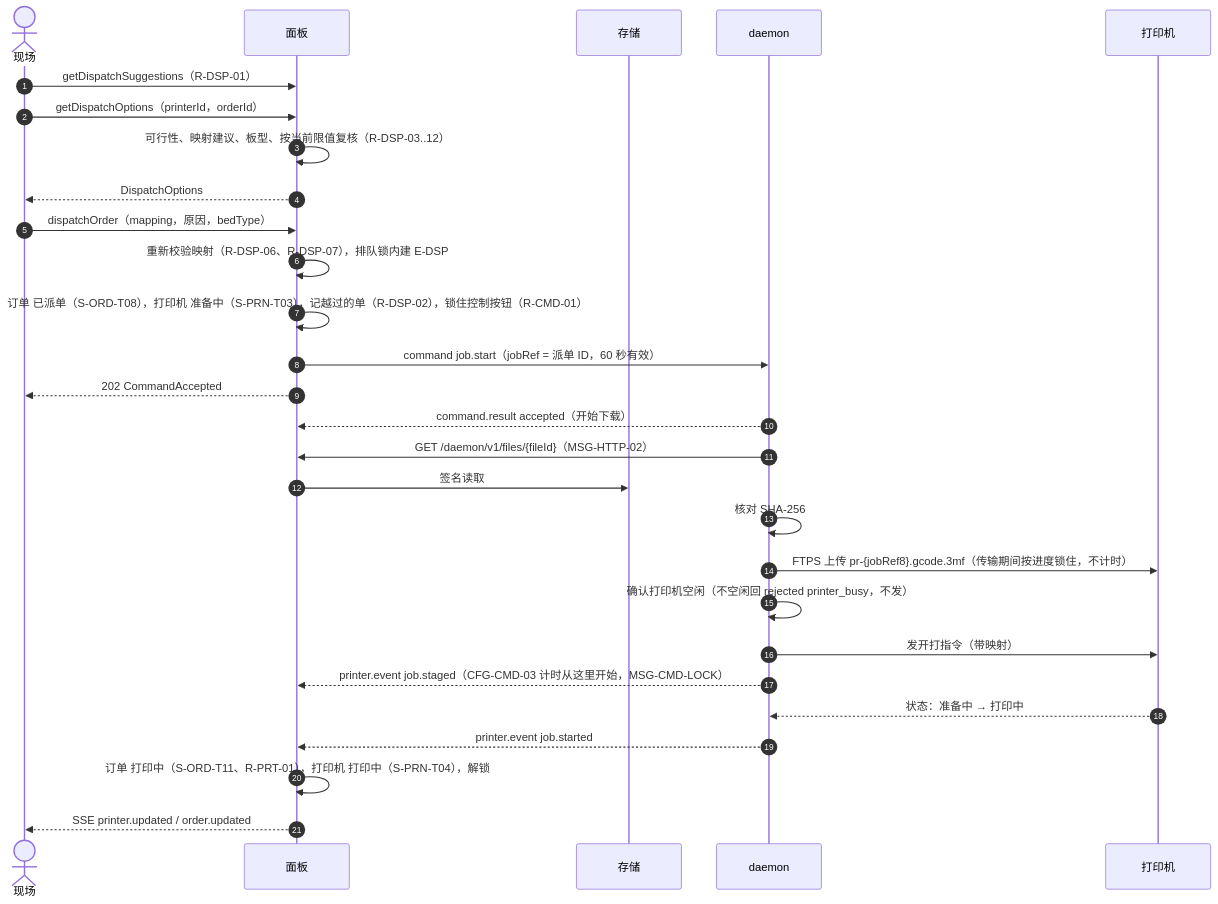
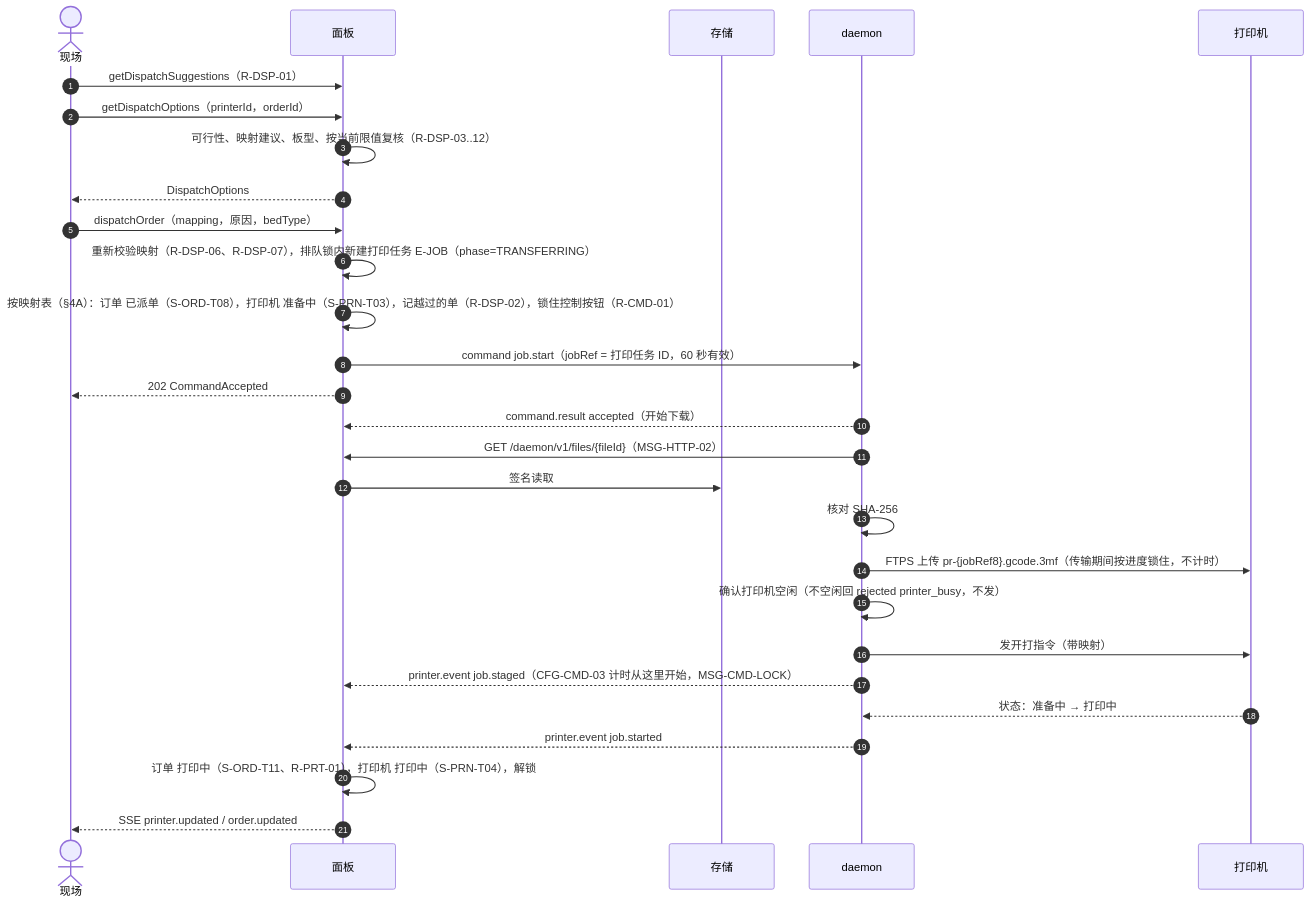
The third of 11 diagrams in docs/design/03-sequences.md (PlateRelay/PlateRelay), drawn with Mermaid before and after one commit. The commit also changed other lines of this file, not shown here.

First line of the commit message:
docs(design): touch up print job steps in sequences

````diff
--- a/docs/design/03-sequences.md
+++ b/docs/design/03-sequences.md
@@ -113,30 +114,30 @@
 ```mermaid
 sequenceDiagram
   autonumber
   actor S as 现场
   participant P as 面板
   participant O as 存储
   participant D as daemon
   participant R as 打印机
   S->>P: getDispatchSuggestions（R-DSP-01）
   S->>P: getDispatchOptions（printerId，orderId）
   P->>P: 可行性、映射建议、板型、按当前限值复核（R-DSP-03..12）
   P-->>S: DispatchOptions
   S->>P: dispatchOrder（mapping，原因，bedType）
-  P->>P: 重新校验映射（R-DSP-06、R-DSP-07），排队锁内建 E-DSP
-  P->>P: 订单 已派单（S-ORD-T08），打印机 准备中（S-PRN-T03），记越过的单（R-DSP-02），锁住控制按钮（R-CMD-01）
-  P->>D: command job.start（jobRef = 派单 ID，60 秒有效）
+  P->>P: 重新校验映射（R-DSP-06、R-DSP-07），排队锁内新建打印任务 E-JOB（phase=TRANSFERRING）
+  P->>P: 按映射表（§4A）：订单 已派单（S-ORD-T08），打印机 准备中（S-PRN-T03），记越过的单（R-DSP-02），锁住控制按钮（R-CMD-01）
+  P->>D: command job.start（jobRef = 打印任务 ID，60 秒有效）
   P-->>S: 202 CommandAccepted
   D-->>P: command.result accepted（开始下载）
   D->>P: GET /daemon/v1/files/{fileId}（MSG-HTTP-02）
   P->>O: 签名读取
   D->>D: 核对 SHA-256
   D->>R: FTPS 上传 pr-{jobRef8}.gcode.3mf（传输期间按进度锁住，不计时）
   D->>D: 确认打印机空闲（不空闲回 rejected printer_busy，不发）
   D->>R: 发开打指令（带映射）
   D-->>P: printer.event job.staged（CFG-CMD-03 计时从这里开始，MSG-CMD-LOCK）
   R-->>D: 状态：准备中 → 打印中
   D-->>P: printer.event job.started
   P->>P: 订单 打印中（S-ORD-T11、R-PRT-01），打印机 打印中（S-PRN-T04），解锁
   P-->>S: SSE printer.updated / order.updated
 ```
````
